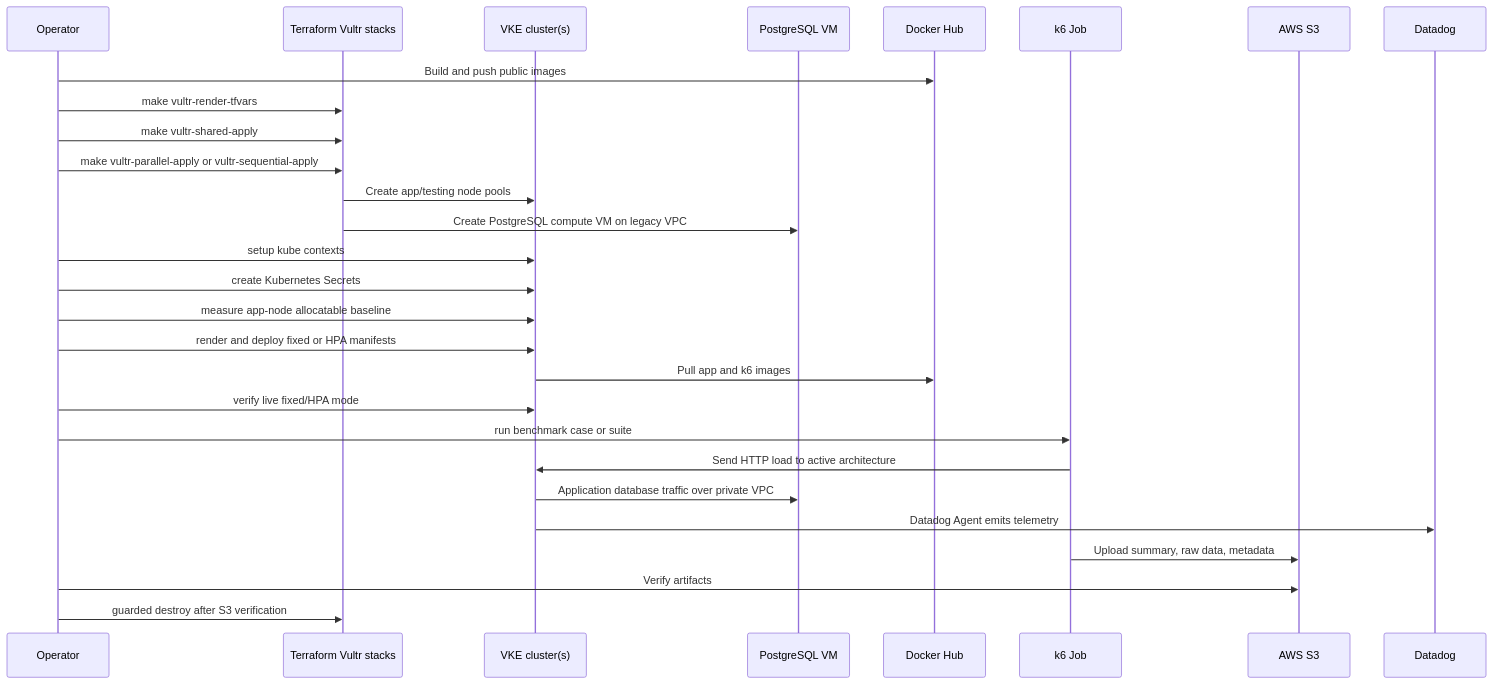
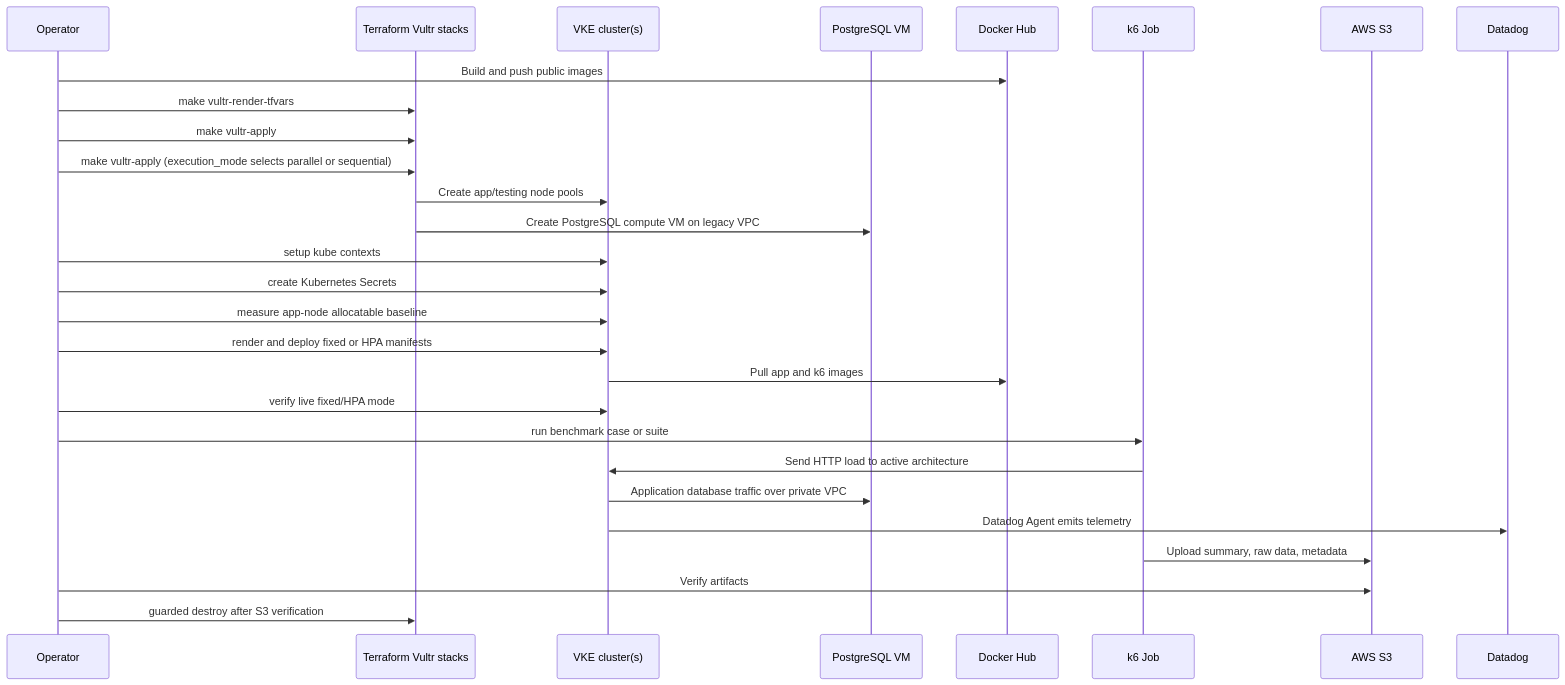
The third of 3 diagrams in docs/diagrams/vultr-vke-topology.md (Ahmad-mufied/monolith-vs-microservice-thesis), drawn with Mermaid before and after one commit. The commit also changed 13 other files, not shown here.

````diff
--- a/docs/diagrams/vultr-vke-topology.md
+++ b/docs/diagrams/vultr-vke-topology.md
@@ -110,31 +110,31 @@
 ```mermaid
 sequenceDiagram
   participant Op as Operator
   participant TF as Terraform Vultr stacks
   participant VKE as VKE cluster(s)
   participant PG as PostgreSQL VM
   participant DH as Docker Hub
   participant K6 as k6 Job
   participant S3 as AWS S3
   participant DD as Datadog
 
   Op->>DH: Build and push public images
   Op->>TF: make vultr-render-tfvars
-  Op->>TF: make vultr-shared-apply
-  Op->>TF: make vultr-parallel-apply or vultr-sequential-apply
+  Op->>TF: make vultr-apply
+  Op->>TF: make vultr-apply (execution_mode selects parallel or sequential)
   TF->>VKE: Create app/testing node pools
   TF->>PG: Create PostgreSQL compute VM on legacy VPC
   Op->>VKE: setup kube contexts
   Op->>VKE: create Kubernetes Secrets
   Op->>VKE: measure app-node allocatable baseline
   Op->>VKE: render and deploy fixed or HPA manifests
   VKE->>DH: Pull app and k6 images
   Op->>VKE: verify live fixed/HPA mode
   Op->>K6: run benchmark case or suite
   K6->>VKE: Send HTTP load to active architecture
   VKE->>PG: Application database traffic over private VPC
   VKE->>DD: Datadog Agent emits telemetry
   K6->>S3: Upload summary, raw data, metadata
   Op->>S3: Verify artifacts
   Op->>TF: guarded destroy after S3 verification
 ```
````
